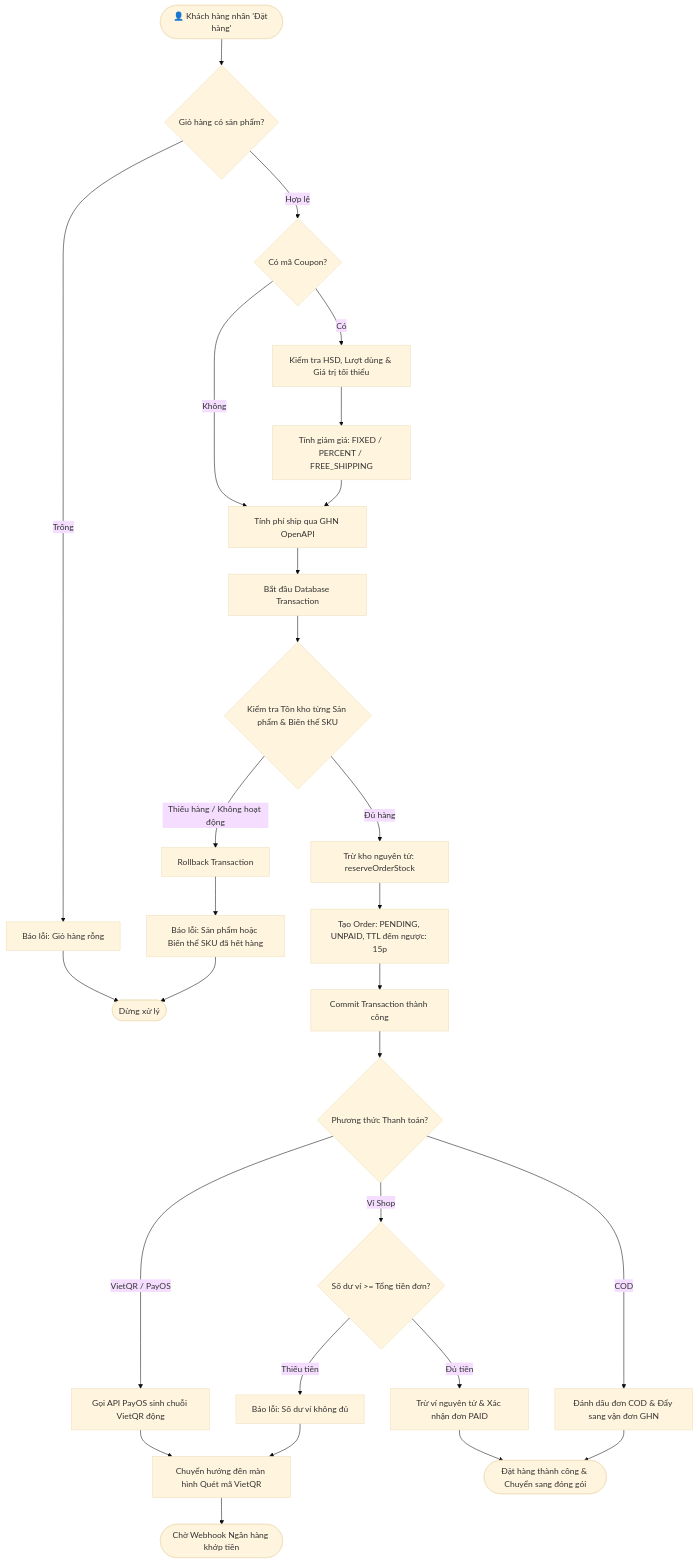
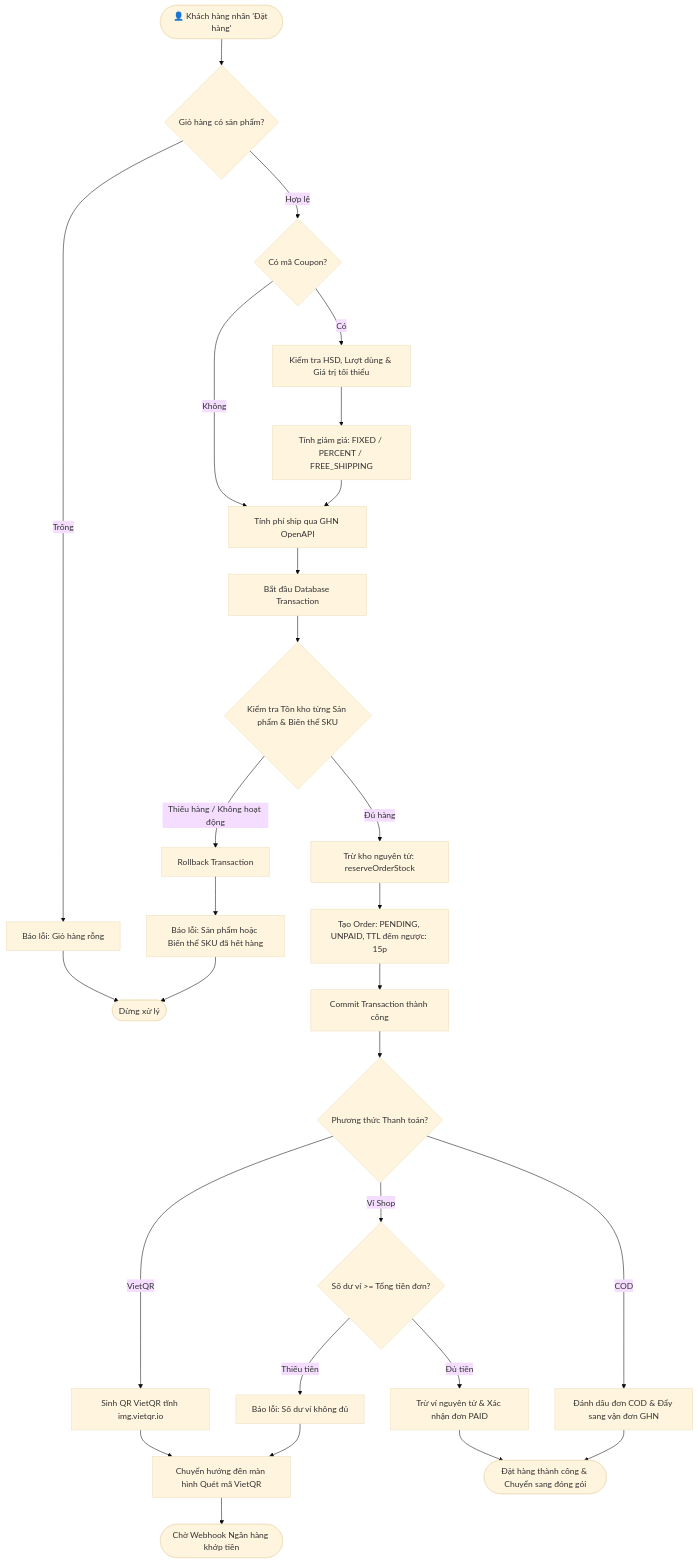
The seventh of 21 diagrams in docs/uml/README.md (nhonhoa2007/shop-qr-payment), drawn with Mermaid (base theme) before and after one commit. The commit also changed other lines of this file and 41 other files, not shown here.

````diff
--- a/docs/uml/README.md
+++ b/docs/uml/README.md
@@ -600,36 +603,36 @@
 ```mermaid
 flowchart TD
     Start([👤 Khách hàng nhấn 'Đặt hàng']) --> ValidateCart{Giỏ hàng có sản phẩm?}
     ValidateCart -- Trống --> ErrEmpty[Báo lỗi: Giỏ hàng rỗng] --> StopErr([Dừng xử lý])
-    
+
     ValidateCart -- Hợp lệ --> CheckCoupon{Có mã Coupon?}
     CheckCoupon -- Có --> ValidateCoupon[Kiểm tra HSD, Lượt dùng & Giá trị tối thiểu]
     ValidateCoupon --> ApplyDiscount[Tính giảm giá: FIXED / PERCENT / FREE_SHIPPING]
     CheckCoupon -- Không --> CalcShipping[Tính phí ship qua GHN OpenAPI]
     ApplyDiscount --> CalcShipping
 
     CalcShipping --> BeginTx[Bắt đầu Database Transaction]
     BeginTx --> CheckStock{Kiểm tra Tồn kho từng Sản phẩm & Biến thể SKU}
-    
+
     CheckStock -- Thiếu hàng / Không hoạt động --> RollbackTx[Rollback Transaction]
     RollbackTx --> ErrStock[Báo lỗi: Sản phẩm hoặc Biến thể SKU đã hết hàng] --> StopErr
 
     CheckStock -- Đủ hàng --> ReserveStock[Trừ kho nguyên tử: reserveOrderStock]
     ReserveStock --> CreateOrder[Tạo Order: PENDING, UNPAID, TTL đếm ngược: 15p]
     CreateOrder --> CommitTx[Commit Transaction thành công]
 
     CommitTx --> ChoosePayment{Phương thức Thanh toán?}
-    
-    ChoosePayment -- VietQR / PayOS --> GenQR[Gọi API PayOS sinh chuỗi VietQR động]
+
+    ChoosePayment -- VietQR --> GenQR[Sinh QR VietQR tĩnh img.vietqr.io]
     GenQR --> ShowPaymentPage[Chuyển hướng đến màn hình Quét mã VietQR]
-    
+
     ChoosePayment -- Ví Shop --> CheckBalance{Số dư ví >= Tổng tiền đơn?}
     CheckBalance -- Thiếu tiền --> ErrWallet[Báo lỗi: Số dư ví không đủ] --> ShowPaymentPage
     CheckBalance -- Đủ tiền --> DeductWallet[Trừ ví nguyên tử & Xác nhận đơn PAID]
-    
+
     ChoosePayment -- COD --> MarkCOD[Đánh dấu đơn COD & Đẩy sang vận đơn GHN]
 
     ShowPaymentPage --> AwaitPayment([Chờ Webhook Ngân hàng khớp tiền])
     DeductWallet --> SuccessOrder([Đặt hàng thành công & Chuyển sang đóng gói])
     MarkCOD --> SuccessOrder
 ```
````
